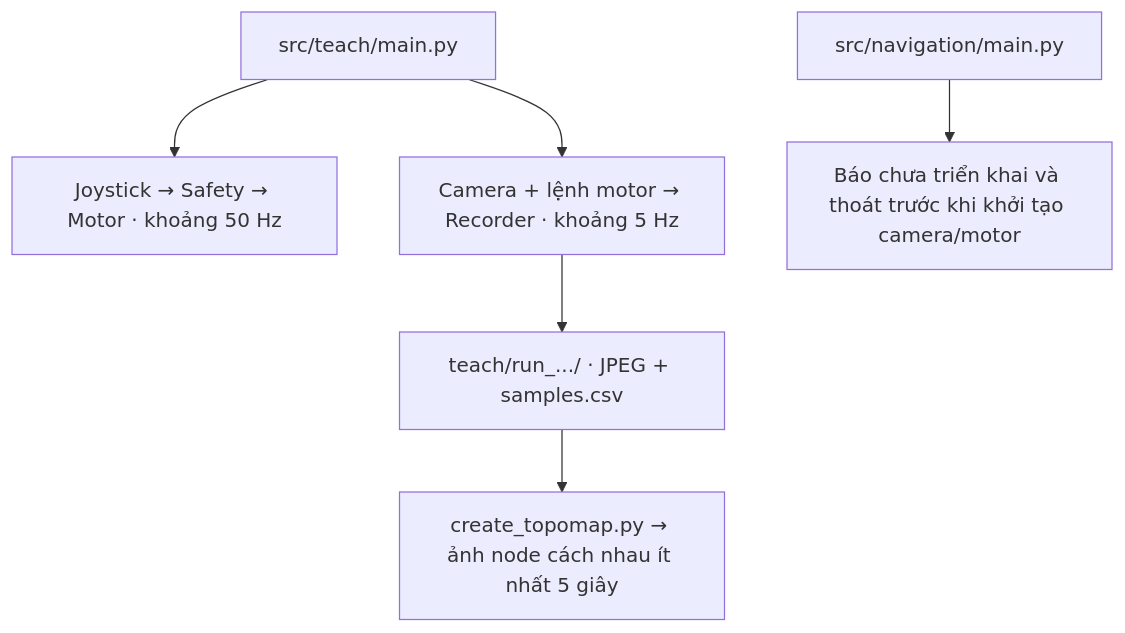
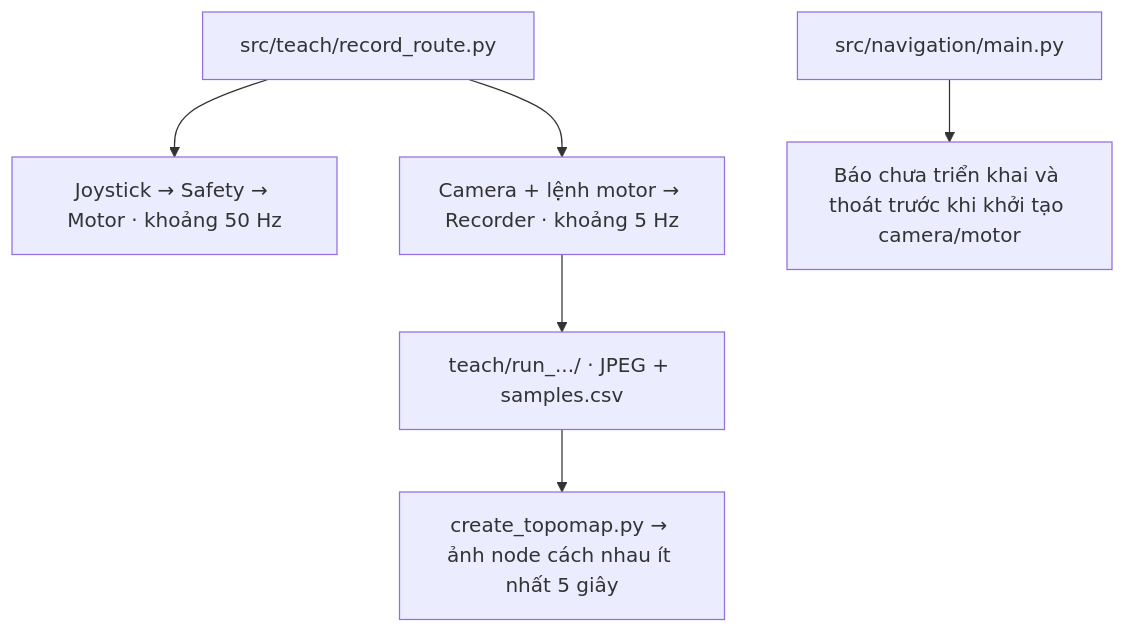
One commit to ToiLaKiet/the-patrol-jetbot changed the diagram in README.md. Above: the diagram before and after it, drawn with Mermaid. The commit also changed other lines of this file and 5 other files, not shown here.

Commit message:
change teach/main.py to record_route.py

````diff
--- a/README.md
+++ b/README.md
@@ -11,10 +11,10 @@
 ```mermaid
 flowchart TD
-    Teach["src/teach/main.py"]
+    Teach["src/teach/record_route.py"]
     Navigation["src/navigation/main.py"]
     Teach --> Joystick["Joystick → Safety → Motor · khoảng 50 Hz"]
     Teach --> Recorder["Camera + lệnh motor → Recorder · khoảng 5 Hz"]
     Recorder --> Data["teach/run_.../ · JPEG + samples.csv"]
     Data --> Topomap["create_topomap.py → ảnh node cách nhau ít nhất 5 giây"]
     Navigation --> Pending["Báo chưa triển khai và thoát trước khi khởi tạo camera/motor"]
 ```
````
